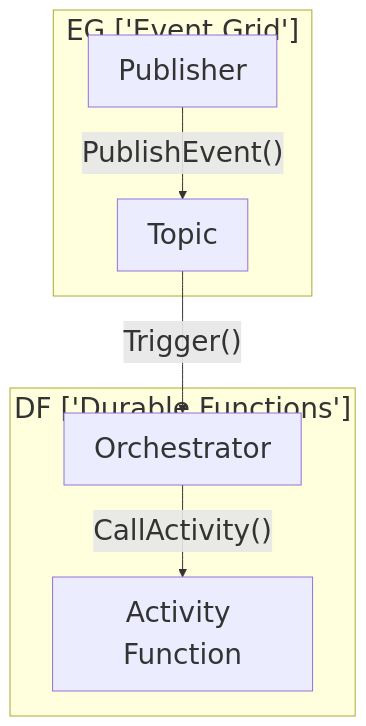
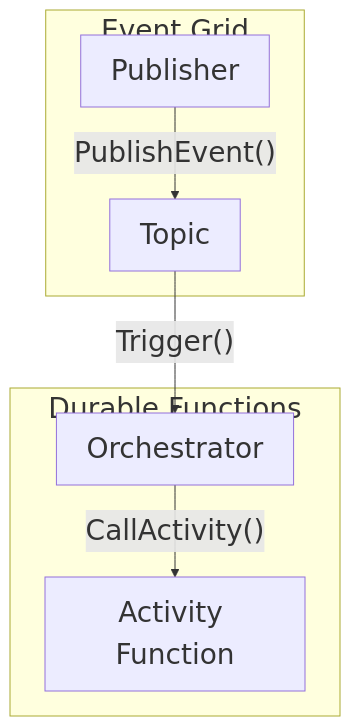
One commit to j4flmao/agent-skills changed the diagram in skills/cloud-native/azure-functions/SKILL.md. Above: the diagram before and after it, drawn with Mermaid. The commit also changed 38 other files, not shown here.

Commit message:
style(skills): Add padding to Mermaid subgraphs to prevent label overlap with nodes

````diff
--- a/skills/cloud-native/azure-functions/SKILL.md
+++ b/skills/cloud-native/azure-functions/SKILL.md
@@ -7,11 +7,11 @@
 ```mermaid
 %%{init: {"theme": "default", "themeVariables": {"fontSize": "28px"}, "flowchart": {"useMaxWidth": false}}}%%
 flowchart TD
-    subgraph EGEventGrid ["EG ['Event Grid']"]
+    subgraph EGEventGrid ["Event Grid<br/>"]
         A[Publisher] -->|"PublishEvent()"| B[Topic]
     end
-    subgraph DFDurableFunctions ["DF ['Durable Functions']"]
+    subgraph DFDurableFunctions ["Durable Functions<br/>"]
         B -->|"Trigger()"| C[Orchestrator]
         C -->|"CallActivity()"| D[Activity Function]
     end
 ```
````
